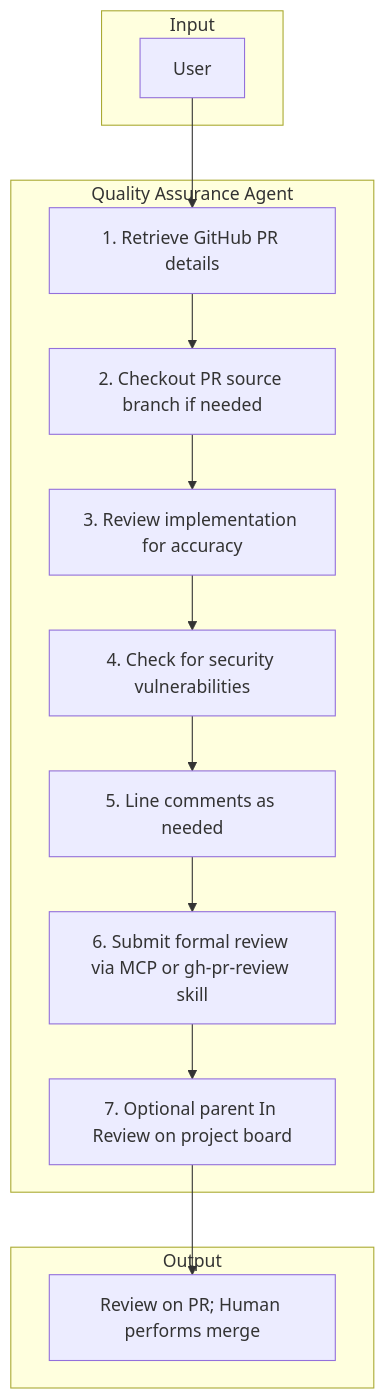
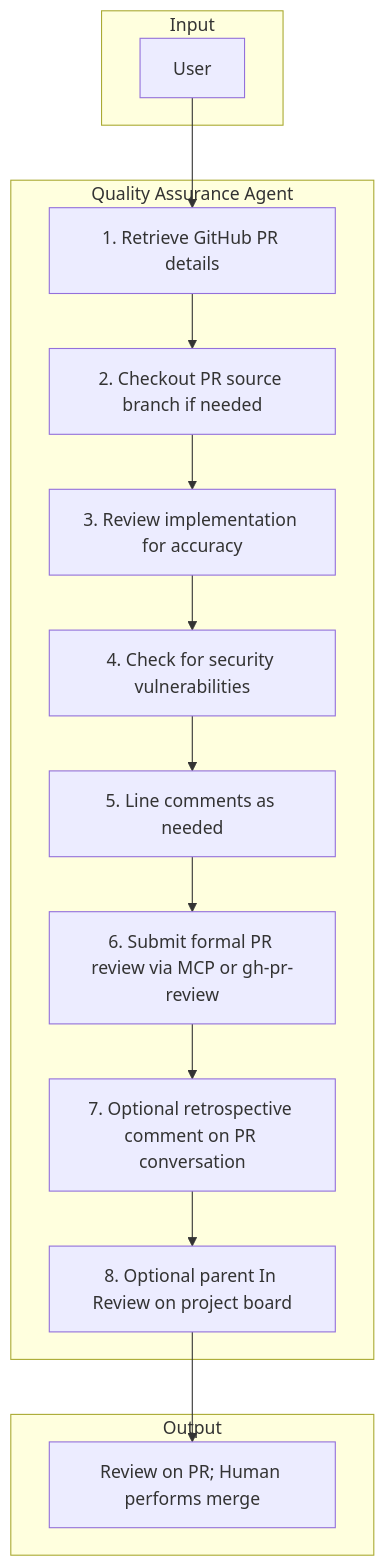
Before and after one commit to alto9/forge: the diagram in docs/agents/quality-assurance.md, drawn with Mermaid. The commit also changed other lines of this file and 14 other files, not shown here.

First line of the commit message:
feat: update skill registry to version 1.5.8 and introduce workflow retrospective skill

````diff
--- a/docs/agents/quality-assurance.md
+++ b/docs/agents/quality-assurance.md
@@ -13,29 +13,31 @@
 ```mermaid
 flowchart TD
     subgraph Input
         A[User]
     end
 
     subgraph QaAgent["Quality Assurance Agent"]
         B[1. Retrieve GitHub PR details]
         C[2. Checkout PR source branch if needed]
         D[3. Review implementation for accuracy]
         E[4. Check for security vulnerabilities]
         F[5. Line comments as needed]
-        G[6. Submit formal review via MCP or gh-pr-review skill]
-        H[7. Optional parent In Review on project board]
+        G[6. Submit formal PR review via MCP or gh-pr-review]
+        G2[7. Optional retrospective comment on PR conversation]
+        H[8. Optional parent In Review on project board]
     end
 
     subgraph Output
         I[Review on PR; Human performs merge]
     end
 
     A --> B
     B --> C
     C --> D
     D --> E
     E --> F
     F --> G
-    G --> H
+    G --> G2
+    G2 --> H
     H --> I
 ```
````
